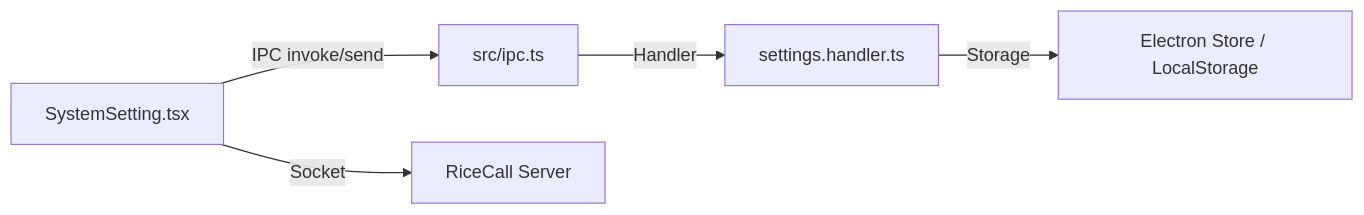
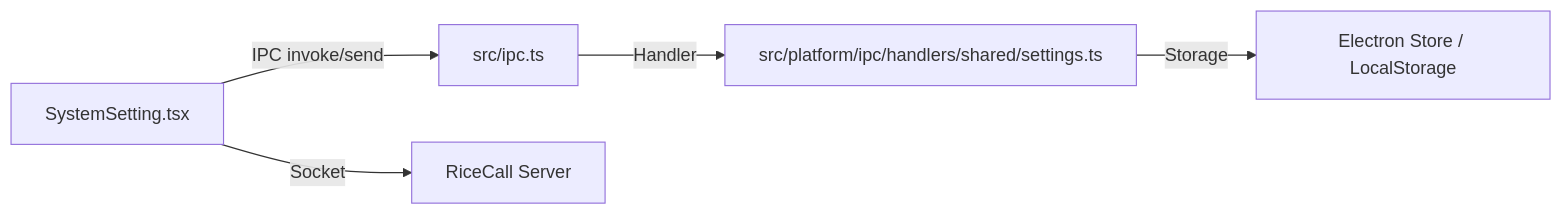
Before and after one commit to NerdyHomeReOpen/RiceCall: the diagram in docs/architecture/02-subsystems/settings-system.md, drawn with Mermaid. The commit also changed other lines of this file and 2 other files, not shown here.

````diff
--- a/docs/architecture/02-subsystems/settings-system.md
+++ b/docs/architecture/02-subsystems/settings-system.md
@@ -15,7 +15,7 @@
 ```mermaid
 graph LR
     UI[SystemSetting.tsx] -- IPC invoke/send --> Facade[src/ipc.ts]
-    Facade -- Handler --> Logic[settings.handler.ts]
+    Facade -- Handler --> Logic[src/platform/ipc/handlers/shared/settings.ts]
     Logic -- Storage --> LocalStore[Electron Store / LocalStorage]
     UI -- Socket --> Server[RiceCall Server]
 ```
````
